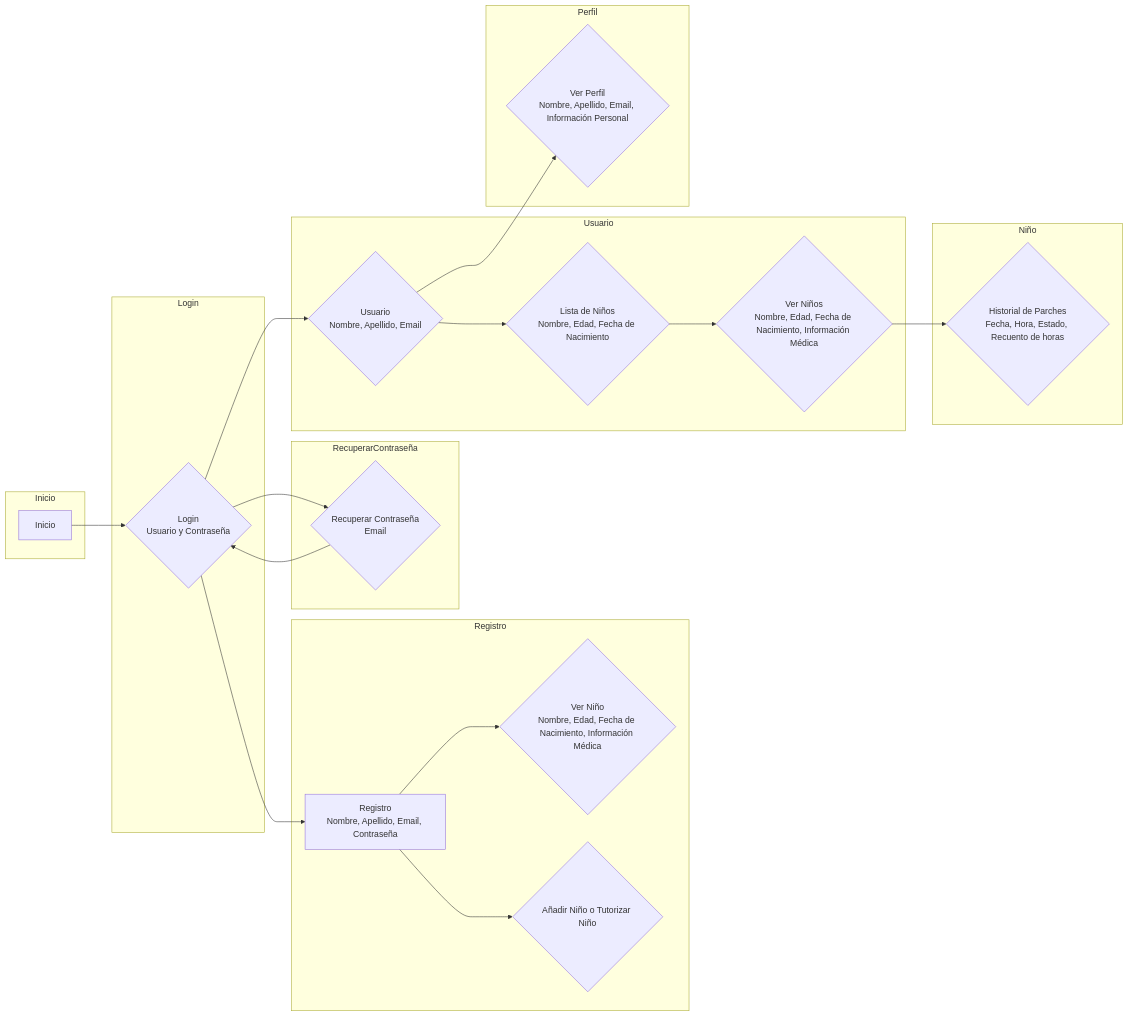
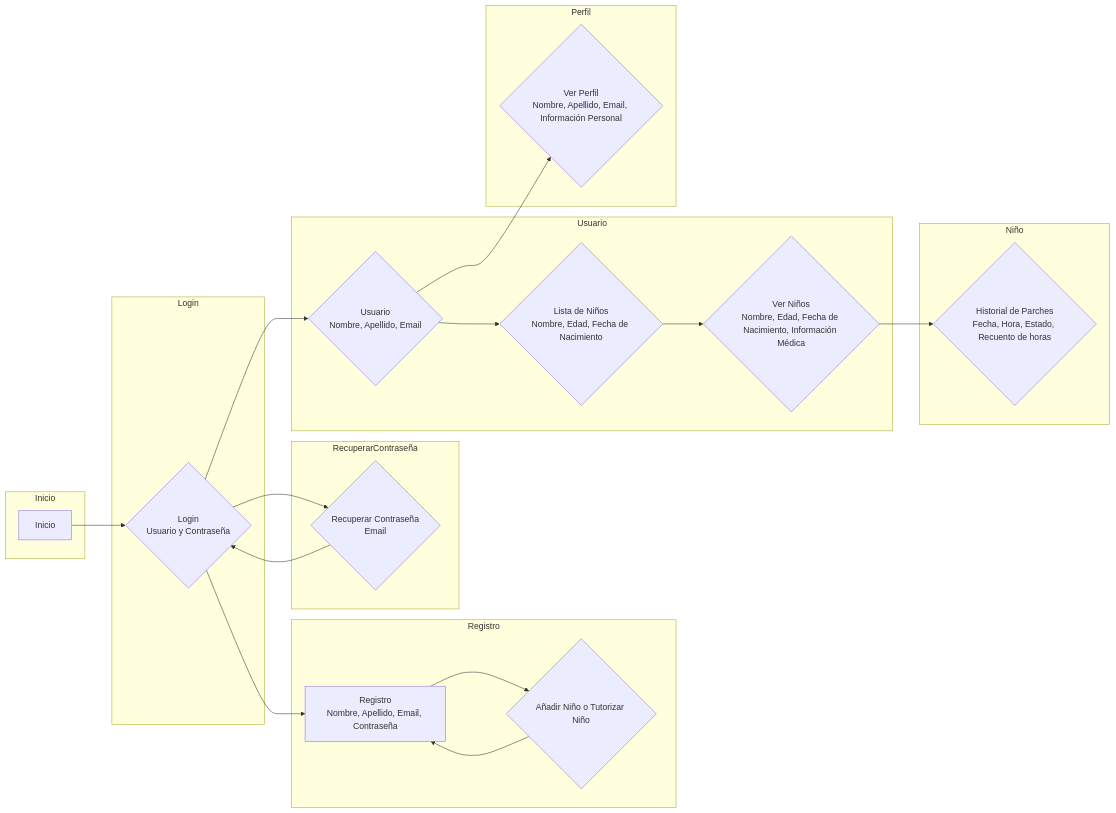
Before and after one commit to mactiburon/tapatapp: the diagram in Prototype1/DiagramaVista.mermaid, drawn with Mermaid.

Commit message:
DiagramaVista.mermaid

```diff
--- a/Prototype1/DiagramaVista.mermaid
+++ b/Prototype1/DiagramaVista.mermaid
@@ -1,38 +1,37 @@
 graph LR
     subgraph Inicio
         A[Inicio]
     end
     subgraph Login
         B{Login<br>Usuario y Contraseña}
     end
     subgraph Registro
         C[Registro<br>Nombre, Apellido, Email, Contraseña]
-        D{Ver Niño<br>Nombre, Edad, Fecha de Nacimiento, Información Médica}
         E{Añadir Niño o Tutorizar Niño}
     end
     subgraph RecuperarContraseña
         F{Recuperar Contraseña<br>Email}
     end
     subgraph Usuario
         G{Usuario<br>Nombre, Apellido, Email}
         H{Lista de Niños<br>Nombre, Edad, Fecha de Nacimiento}
         I{Ver Niños<br>Nombre, Edad, Fecha de Nacimiento, Información Médica}
     end
     subgraph Perfil
         J{Ver Perfil<br>Nombre, Apellido, Email, Información Personal}
     end
     subgraph Niño
         K{Historial de Parches<br>Fecha, Hora, Estado, Recuento de horas}
     end
 
     A --> B
     B --> C
-    C --> D
     C --> E
+    E --> C
     B --> F
     F --> B
     B --> G
     G --> J
     G --> H
     H --> I
     I --> K
```
